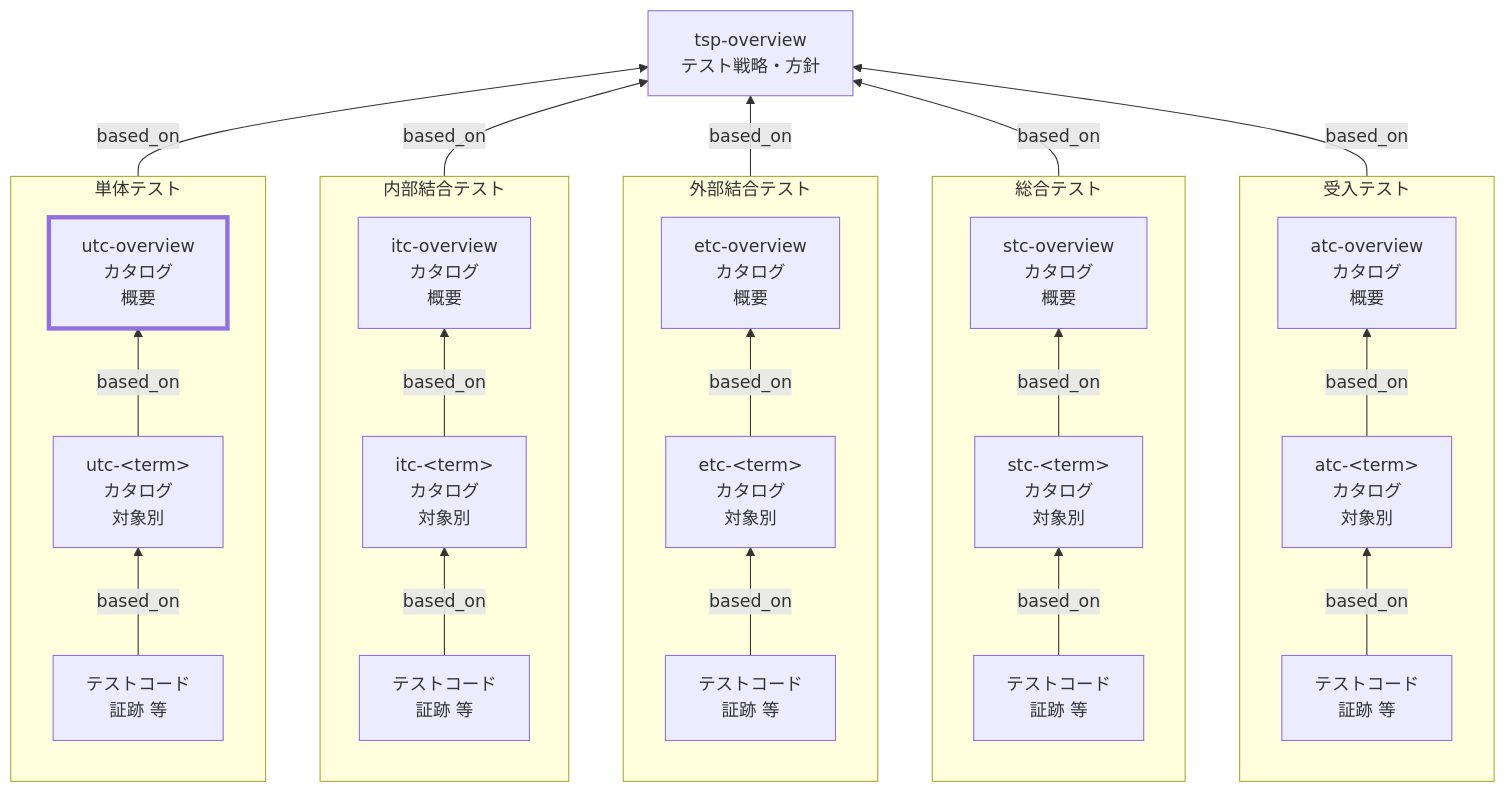
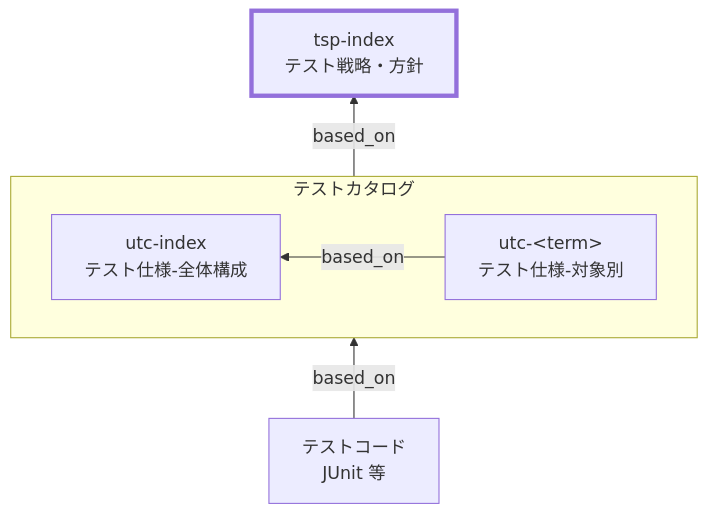
The diagram in docs/ja/handbook/rules/utc-index-rules.md (specdojo/spec-dojo-handbook), drawn with Mermaid before and after one commit. The commit also changed other lines of this file and 8 other files, not shown here.

````diff
--- a/docs/ja/handbook/rules/utc-index-rules.md
+++ b/docs/ja/handbook/rules/utc-index-rules.md
@@ -30,54 +30,20 @@
 ```mermaid
 flowchart BT
-  TSP["tsp-overview<br>テスト戦略・方針"]
+  TSP["tsp-index<br>テスト戦略・方針"]
 
-  subgraph UT["単体テスト"]
-  direction BT
-    UTCOverview["utc-overview<br>カタログ<br>概要"]
-    UTC["utc-&lt;term&gt;<br>カタログ<br>対象別"]
-    UTImpl["テストコード<br>証跡 等"]
-    UTImpl -->|based_on| UTC -->|based_on| UTCOverview
+  subgraph TC["テストカタログ"]
+  direction RL
+    TCIndex["utc-index<br>テスト仕様-全体構成"]
+    TCDetail["utc-&lt;term&gt;<br>テスト仕様-対象別"]
+    TCDetail -->|based_on| TCIndex
   end
 
-  subgraph IT["内部結合テスト"]
-  direction BT
-    ITCOverview["itc-overview<br>カタログ<br>概要"]
-    ITC["itc-&lt;term&gt;<br>カタログ<br>対象別"]
-    ITImpl["テストコード<br>証跡 等"]
-    ITImpl -->|based_on| ITC -->|based_on| ITCOverview
-  end
+  Code["テストコード<br>JUnit 等"]
 
-  subgraph ET["外部結合テスト"]
-  direction BT
-    ETCOverview["etc-overview<br>カタログ<br>概要"]
-    ETC["etc-&lt;term&gt;<br>カタログ<br>対象別"]
-    ETImpl["テストコード<br>証跡 等"]
-    ETImpl -->|based_on| ETC -->|based_on| ETCOverview
-  end
-
-  subgraph ST["総合テスト"]
-  direction BT
-    STOverview["stc-overview<br>カタログ<br>概要"]
-    STC["stc-&lt;term&gt;<br>カタログ<br>対象別"]
-    STImpl["テストコード<br>証跡 等"]
-    STImpl -->|based_on| STC -->|based_on| STOverview
-  end
-
-  subgraph AT["受入テスト"]
-  direction BT
-    ATOverview["atc-overview<br>カタログ<br>概要"]
-    ATC["atc-&lt;term&gt;<br>カタログ<br>対象別"]
-    ATImpl["テストコード<br>証跡 等"]
-    ATImpl -->|based_on| ATC -->|based_on| ATOverview
-  end
-
-  UT -->|based_on| TSP
-  IT -->|based_on| TSP
-  ET -->|based_on| TSP
-  ST -->|based_on| TSP
-  AT -->|based_on| TSP
+  TC -->|based_on| TSP
+  Code -->|based_on| TC
 
 
   classDef target stroke-width:4px
-  class UTCOverview target
+  class TSP target
 ```
````
